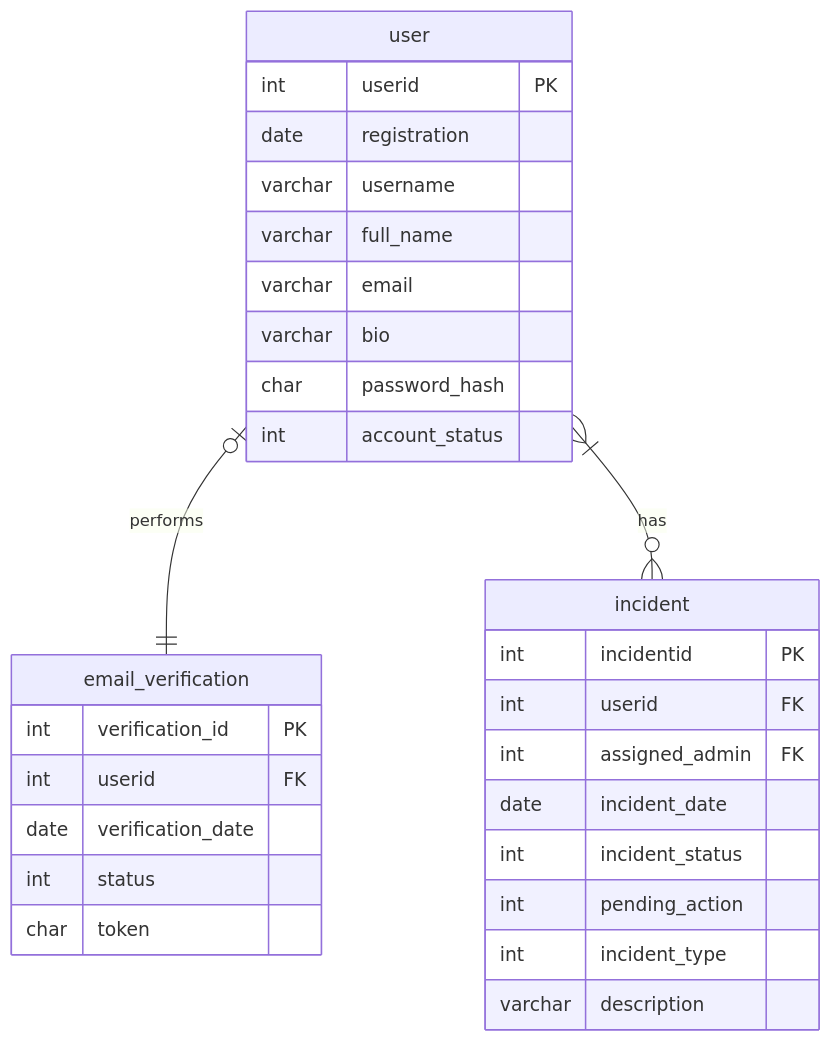
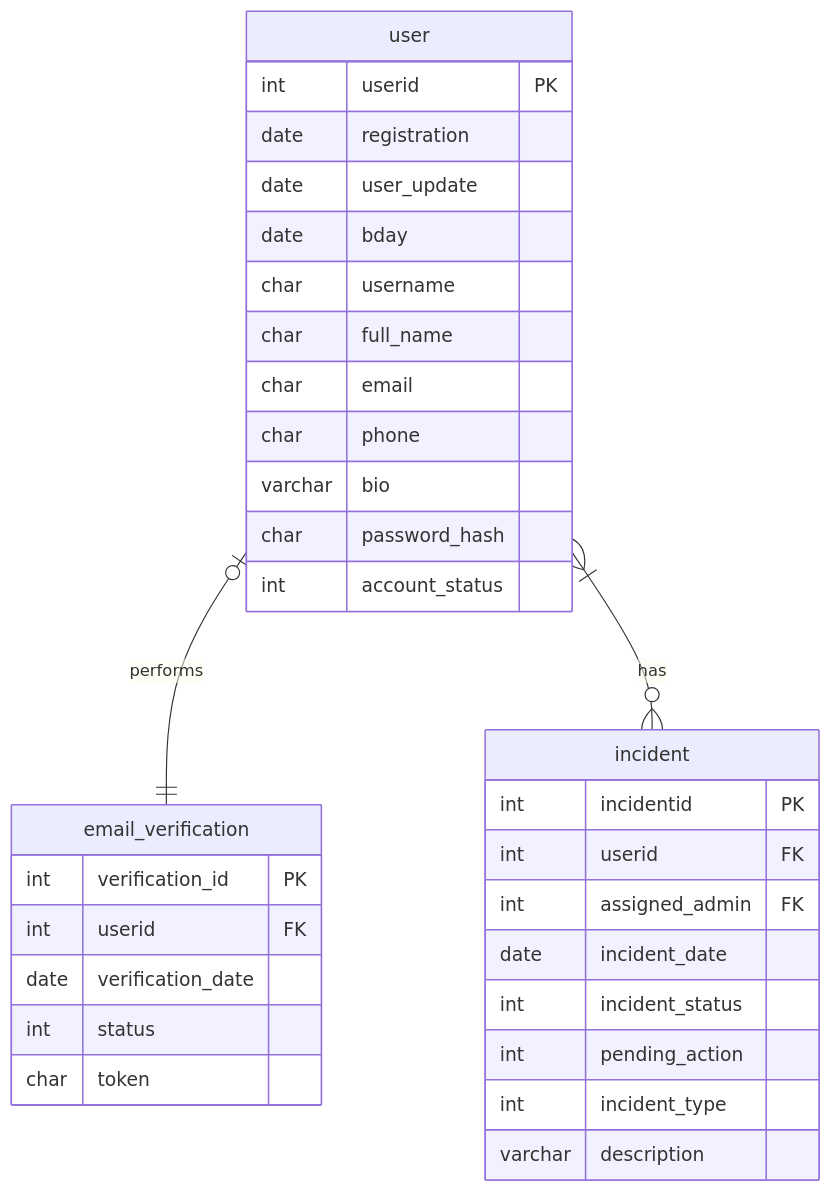
The diagram in docs/users_er.md (de-niro/SOA-social-network), drawn with Mermaid before and after one commit. The commit also changed 4 other files, not shown here.

````diff
--- a/docs/users_er.md
+++ b/docs/users_er.md
@@ -1,35 +1,38 @@
 ```mermaid
 erDiagram
 	user {
 		int userid PK
 		date registration
-		varchar username
-		varchar full_name
-		varchar email
+		date user_update
+		date bday
+		char username
+		char full_name
+		char email
+		char phone
 		varchar bio
 		char password_hash
 		int account_status
 	}
 
 	email_verification {
 		int verification_id PK
 		int userid FK
 		date verification_date
 		int status
 		char token
 	}
 
 	incident {
 		int incidentid PK
 		int userid FK
 		int assigned_admin FK
 		date incident_date
 		int incident_status
 		int pending_action
 		int incident_type
 		varchar description
 	}
 
 	user |o--|| email_verification : "performs"
 	user }|--o{ incident : "has"
 ```
````
